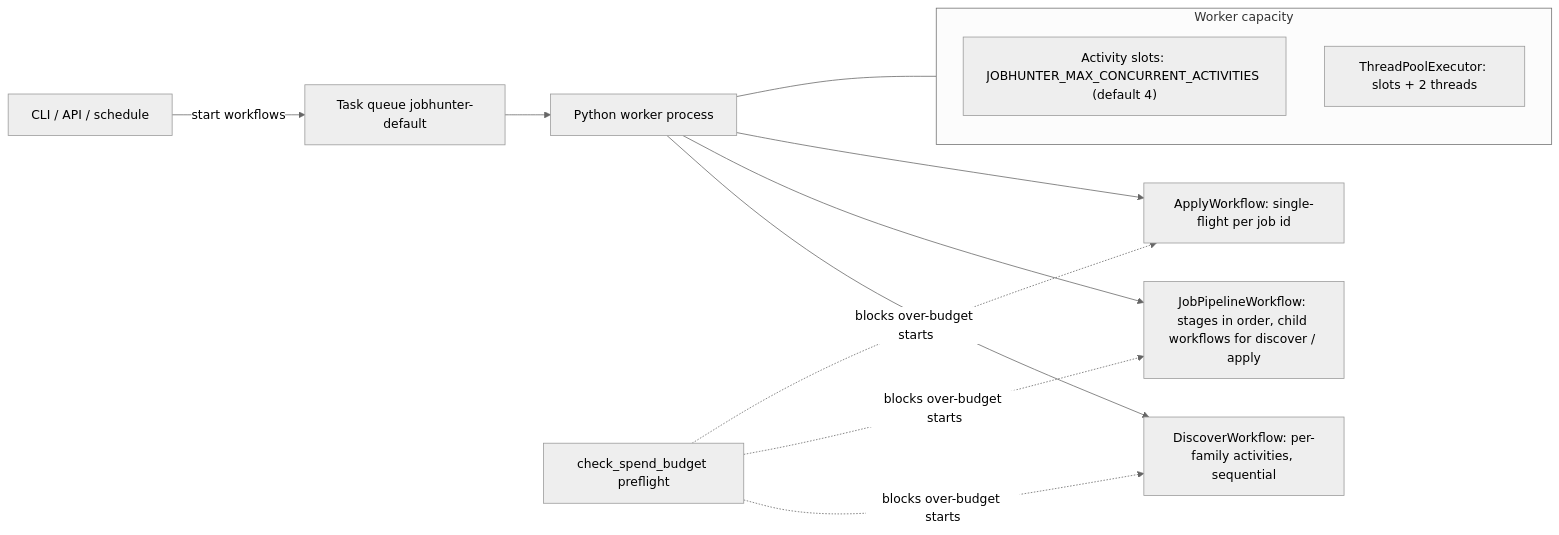
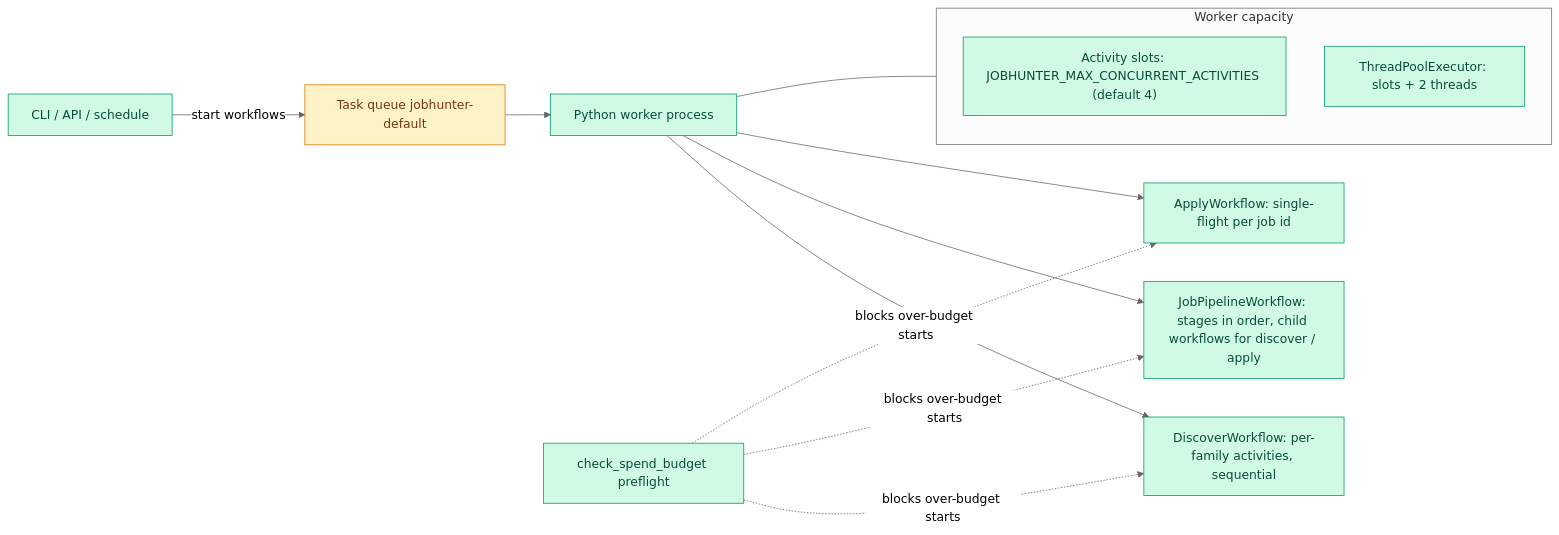
Before and after one commit to ebarti/JobCtrl: the diagram in docs/architecture/pipeline/concurrency.md, drawn with Mermaid (neutral theme). The commit also changed 19 other files, not shown here.

````diff
--- a/docs/architecture/pipeline/concurrency.md
+++ b/docs/architecture/pipeline/concurrency.md
@@ -11,14 +11,19 @@
 ```mermaid
 flowchart LR
     CLI["CLI / API / schedule"] -->|start workflows| TQ["Task queue jobhunter-default"]
     TQ --> W["Python worker process"]
     subgraph W2["Worker capacity"]
         SLOTS["Activity slots: JOBHUNTER_MAX_CONCURRENT_ACTIVITIES (default 4)"]
         EXEC["ThreadPoolExecutor: slots + 2 threads"]
     end
     W --- W2
     W --> D["DiscoverWorkflow: per-family activities, sequential"]
     W --> P["JobPipelineWorkflow: stages in order, child workflows for discover / apply"]
     W --> A["ApplyWorkflow: single-flight per job id"]
     BUDGET["check_spend_budget preflight"] -.->|blocks over-budget starts| D & P & A
+
+    classDef py fill:#d1fae5,stroke:#059669,color:#064e3b
+    classDef infra fill:#fef3c7,stroke:#d97706,color:#78350f
+    class CLI,W,SLOTS,EXEC,D,P,A,BUDGET py
+    class TQ infra
 ```
````
